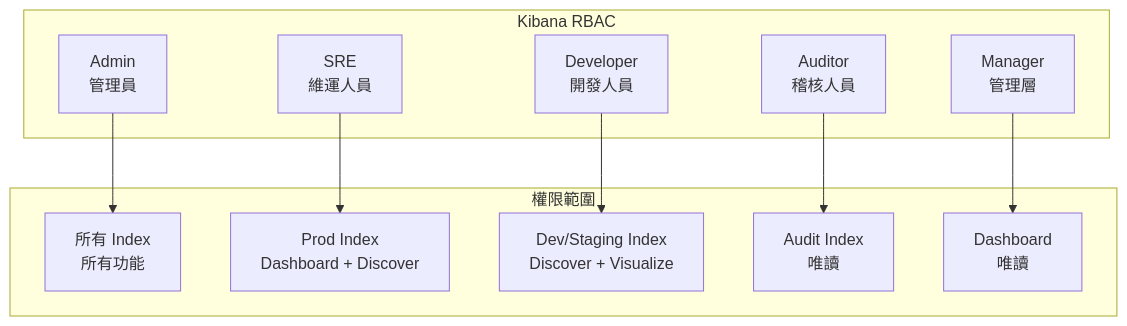
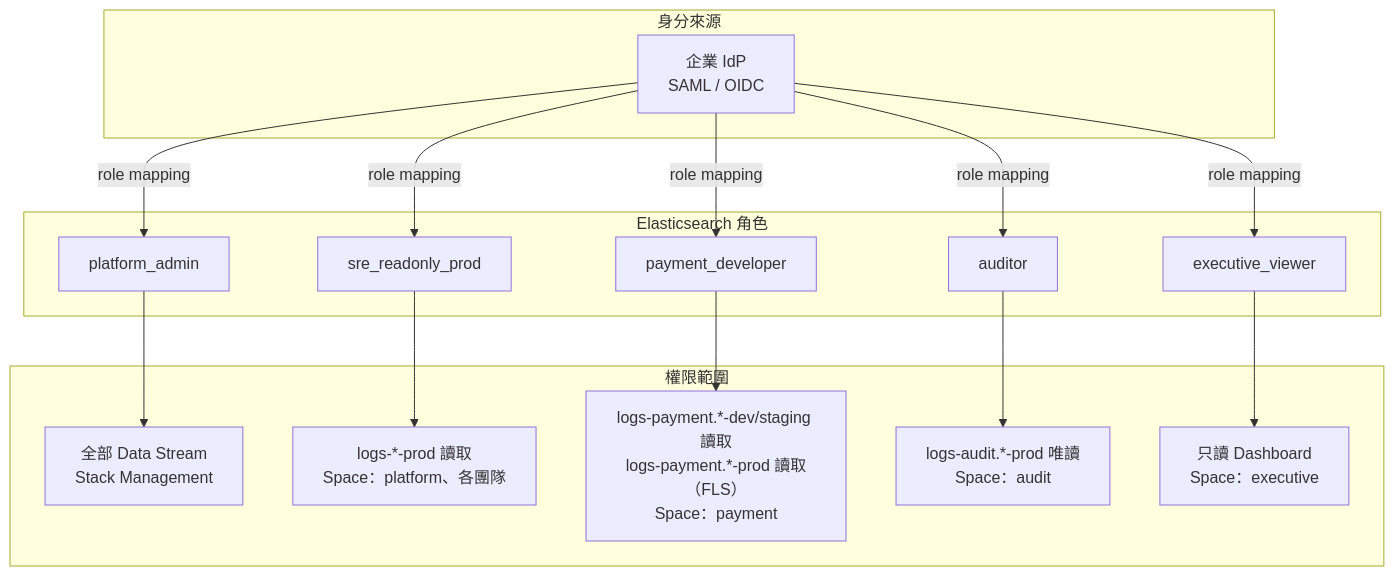
Before and after one commit to chihhung/Blog: diagram 18 of 19 in content/posts/教學/工具/Logs Visualization教學手冊.md, drawn with Mermaid. The commit also changed other lines of this file and 8 other files, not shown here.

````diff
--- a/content/posts/教學/工具/Logs Visualization教學手冊.md
+++ b/content/posts/教學/工具/Logs Visualization教學手冊.md
@@ -2277,24 +3688,33 @@
 ```mermaid
 graph TB
-    subgraph "Kibana RBAC"
-        R1[Admin<br/>管理員]
-        R2[SRE<br/>維運人員]
-        R3[Developer<br/>開發人員]
-        R4[Auditor<br/>稽核人員]
-        R5[Manager<br/>管理層]
+    subgraph "身分來源"
+        IDP[企業 IdP<br/>SAML / OIDC]
     end
-    
+
+    subgraph "Elasticsearch 角色"
+        R1[platform_admin]
+        R2[sre_readonly_prod]
+        R3[payment_developer]
+        R4[auditor]
+        R5[executive_viewer]
+    end
+
     subgraph "權限範圍"
-        P1[所有 Index<br/>所有功能]
-        P2[Prod Index<br/>Dashboard + Discover]
-        P3[Dev/Staging Index<br/>Discover + Visualize]
-        P4[Audit Index<br/>唯讀]
-        P5[Dashboard<br/>唯讀]
+        P1[全部 Data Stream<br/>Stack Management]
+        P2["logs-*-prod 讀取<br/>Space：platform、各團隊"]
+        P3["logs-payment.*-dev/staging 讀取<br/>logs-payment.*-prod 讀取（FLS）<br/>Space：payment"]
+        P4["logs-audit.*-prod 唯讀<br/>Space：audit"]
+        P5["只讀 Dashboard<br/>Space：executive"]
     end
-    
+
+    IDP -->|role mapping| R1
+    IDP -->|role mapping| R2
+    IDP -->|role mapping| R3
+    IDP -->|role mapping| R4
+    IDP -->|role mapping| R5
     R1 --> P1
     R2 --> P2
     R3 --> P3
     R4 --> P4
     R5 --> P5
 ```
````
